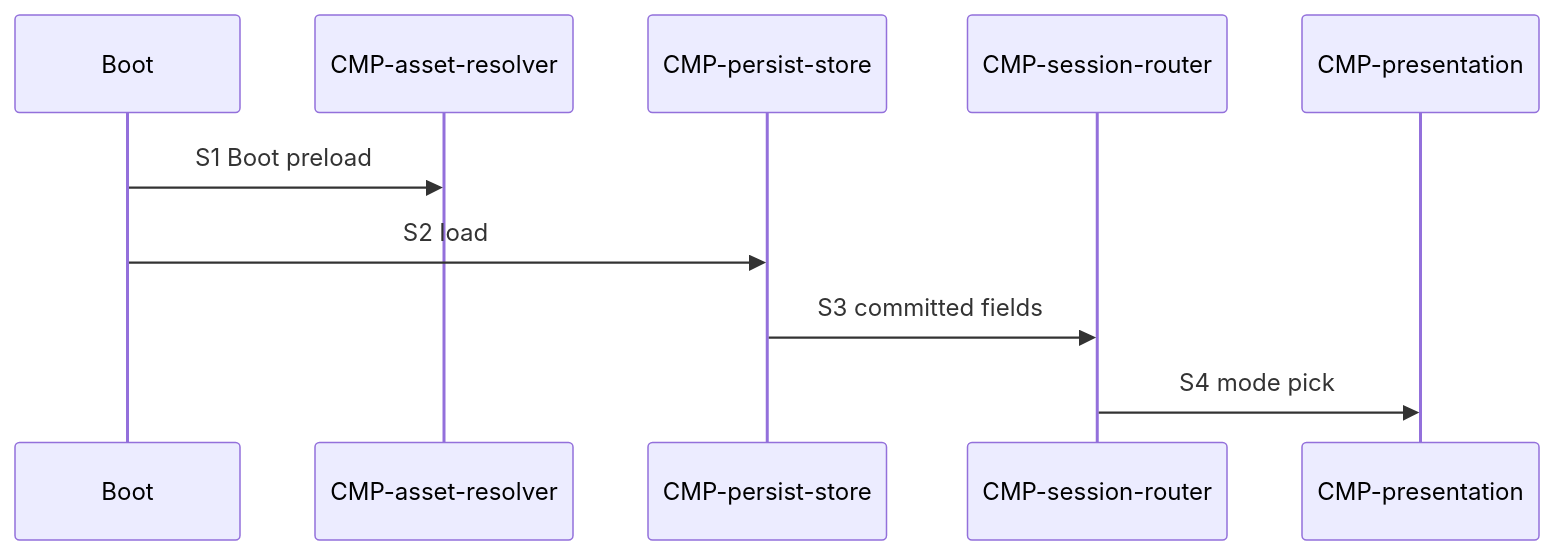
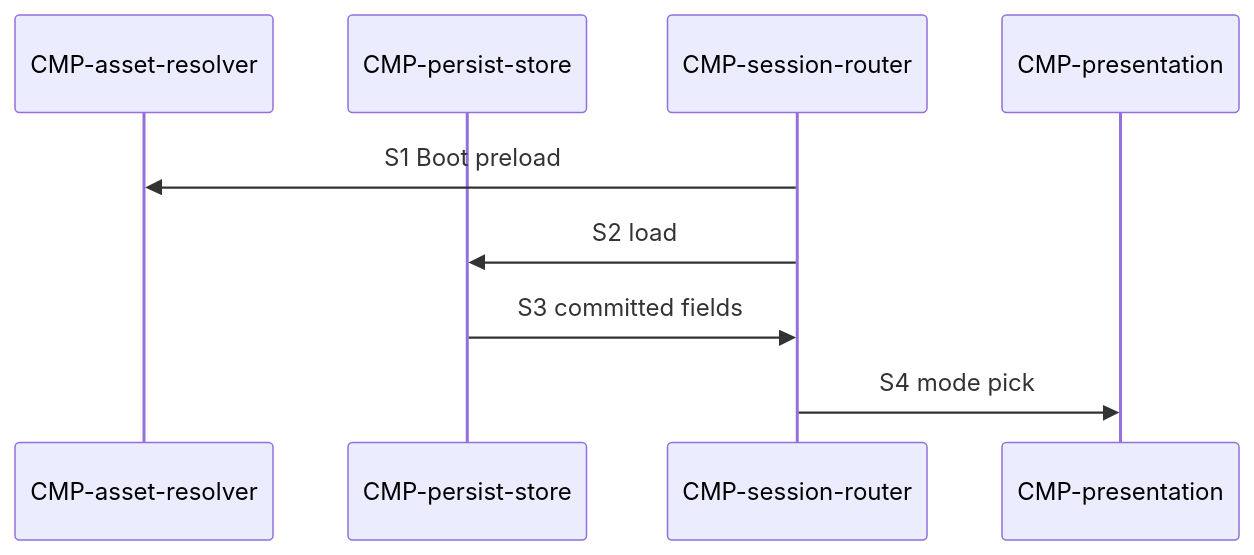
Before and after one commit to waigore/simplechessv2: the diagram in specs/technical/sequences/cold-open.md, drawn with Mermaid. The commit also changed other lines of this file and 7 other files, not shown here.

First line of the commit message:
Fix sequence participants and technical traceability gaps (#246, #245, #243, #247, #241, #240)

````diff
--- a/specs/technical/sequences/cold-open.md
+++ b/specs/technical/sequences/cold-open.md
@@ -35,12 +35,11 @@
 ```mermaid
 sequenceDiagram
-  participant Boot
   participant AR as CMP-asset-resolver
   participant PS as CMP-persist-store
   participant SR as CMP-session-router
   participant V as CMP-presentation
-  Boot->>AR: S1 Boot preload
-  Boot->>PS: S2 load
+  SR->>AR: S1 Boot preload
+  SR->>PS: S2 load
   PS->>SR: S3 committed fields
   SR->>V: S4 mode pick
 ```
````
